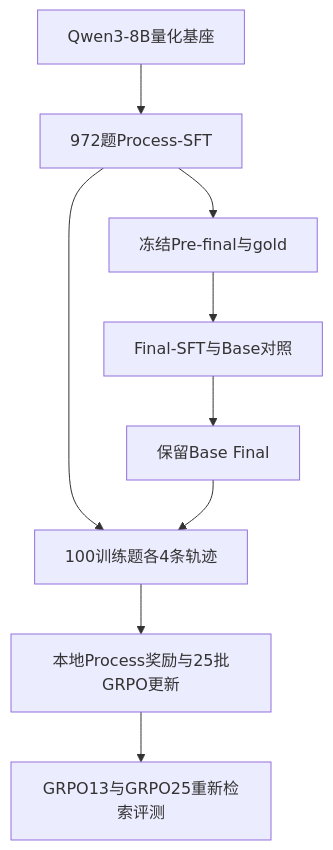
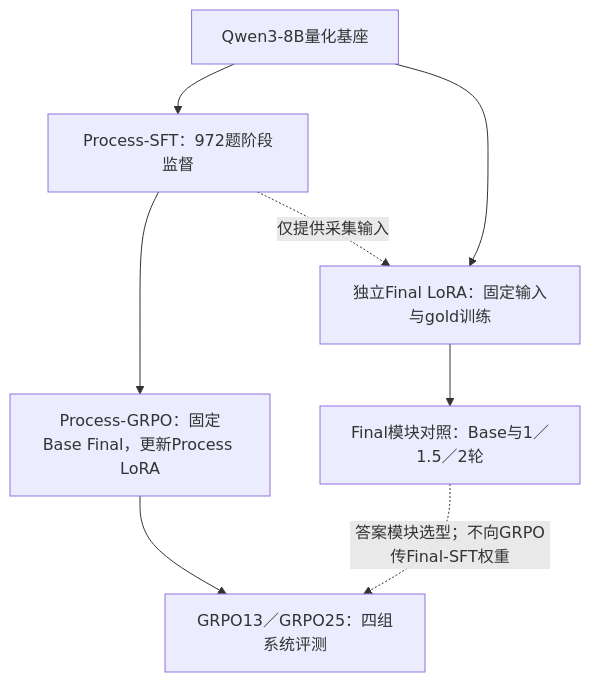
The diagram in versions/process_final_sft/README.md (MaSunKing/medical-research-agent-grpo), drawn with Mermaid before and after one commit. The commit also changed other lines of this file and 17 other files, not shown here.

Commit message:
docs(v3): separate architecture training and evaluation

````diff
--- a/versions/process_final_sft/README.md
+++ b/versions/process_final_sft/README.md
@@ -42,11 +9,10 @@
 ```mermaid
 flowchart TD
-    A[Qwen3-8B量化基座] --> B[972题Process-SFT]
-    B --> C[冻结Pre-final与gold]
-    C --> D[Final-SFT与Base对照]
-    D --> E[保留Base Final]
-    B --> F[100训练题各4条轨迹]
-    E --> F
-    F --> G[本地Process奖励与25批GRPO更新]
-    G --> H[GRPO13与GRPO25重新检索评测]
+    A["Qwen3-8B量化基座"] --> B["Process-SFT：972题阶段监督"]
+    B --> G["Process-GRPO：固定Base Final，更新Process LoRA"]
+    G --> E["GRPO13／GRPO25：四组系统评测"]
+    A --> F["独立Final LoRA：固定输入与gold训练"]
+    B -. "仅提供采集输入" .-> F
+    F --> V["Final模块对照：Base与1／1.5／2轮"]
+    V -. "答案模块选型；不向GRPO传Final-SFT权重" .-> E
 ```
````
